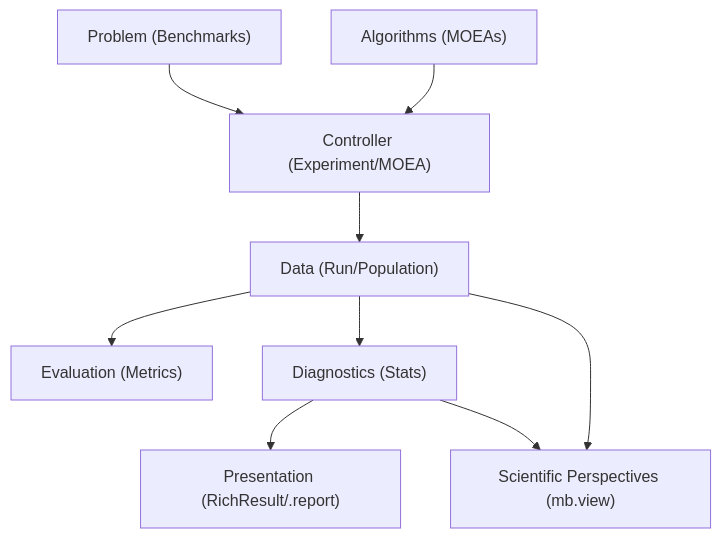
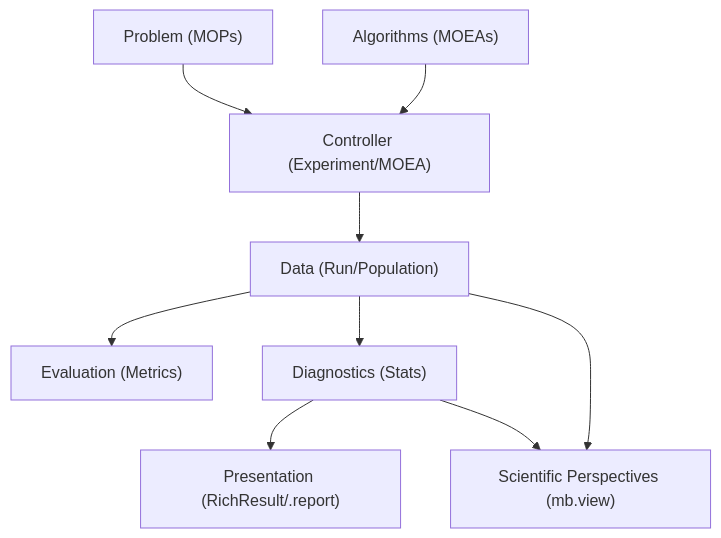
The diagram in docs/design.md (monacofj/moeabench), drawn with Mermaid before and after one commit. The commit also changed other lines of this file and 5 other files, not shown here.

````diff
--- a/docs/design.md
+++ b/docs/design.md
@@ -94,11 +94,11 @@
 ```mermaid
 graph TD
-    A["Problem (Benchmarks)"] --> C["Controller (Experiment/MOEA)"]
+    A["Problem (MOPs)"] --> C["Controller (Experiment/MOEA)"]
     B["Algorithms (MOEAs)"] --> C
     C --> D["Data (Run/Population)"]
     D --> E["Evaluation (Metrics)"]
     D --> F["Diagnostics (Stats)"]
     F --> G["Presentation (RichResult/.report)"]
     D --> H["Scientific Perspectives (mb.view)"]
     F --> H
 ```
````
